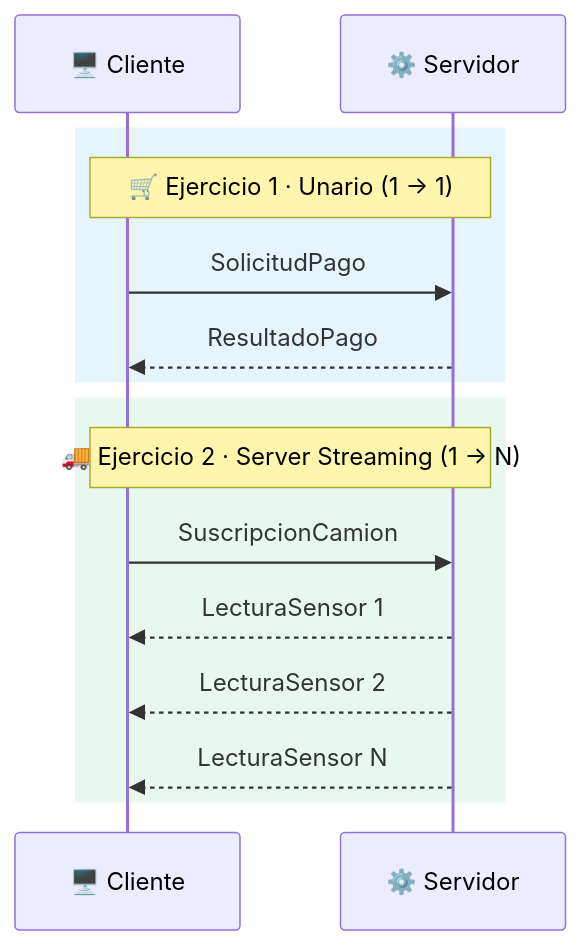
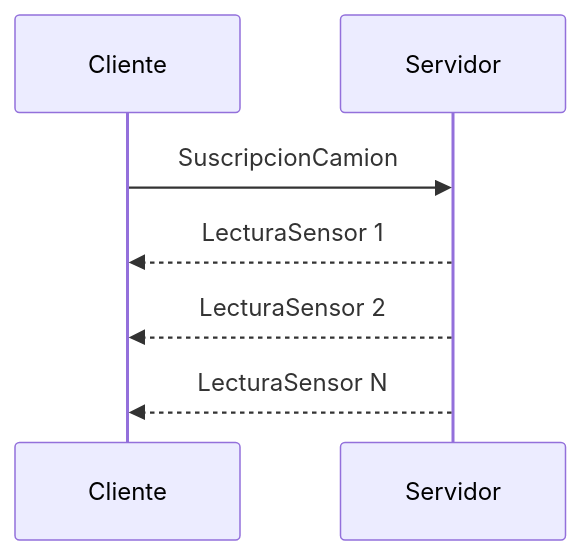
The second of 2 diagrams in README.md (xErnyx/Practica_Patrones_gRPC_Python), drawn with Mermaid before and after one commit. The commit also changed other lines of this file, not shown here.

Commit message:
Enhance README with gRPC exercises and diagrams
Added exercises for Unary and Server Streaming patterns with gRPC, including sequence diagrams and a coverage table.

````diff
--- a/README.md
+++ b/README.md
@@ -85,19 +102,10 @@
 ```mermaid
 sequenceDiagram
-    participant C as 🖥️ Cliente
-    participant S as ⚙️ Servidor
+    participant C as Cliente
+    participant S as Servidor
 
-    rect rgb(230, 244, 255)
-    Note over C,S: 🛒 Ejercicio 1 · Unario (1 → 1)
-    C->>S: SolicitudPago
-    S-->>C: ResultadoPago
-    end
-
-    rect rgb(232, 248, 238)
-    Note over C,S: 🚚 Ejercicio 2 · Server Streaming (1 → N)
     C->>S: SuscripcionCamion
     S-->>C: LecturaSensor 1
     S-->>C: LecturaSensor 2
     S-->>C: LecturaSensor N
-    end
 ```
````
